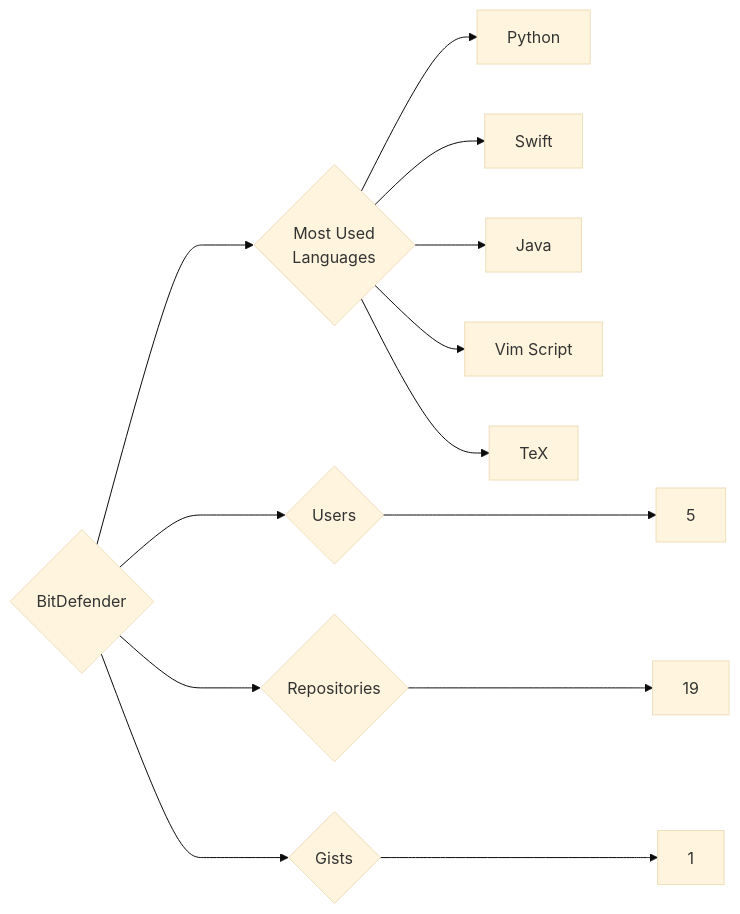
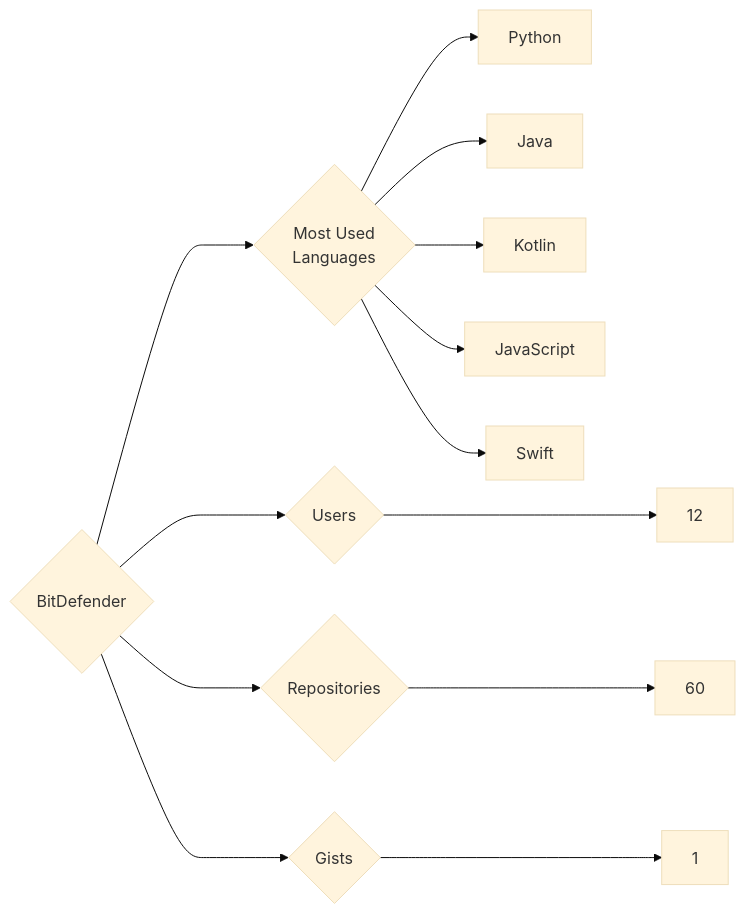
Before and after one commit to trickest/insiders: the diagram in targets/BitDefender/README.md, drawn with Mermaid (base theme). The commit also changed 644 other files, not shown here.

````diff
--- a/targets/BitDefender/README.md
+++ b/targets/BitDefender/README.md
@@ -3,13 +3,13 @@
 ```mermaid
 graph LR
 COMPANY_NAME{BitDefender}
-COMPANY_NAME ---> U{Users} ---> UN[5]
-COMPANY_NAME ---> R{Repositories} ---> RN[19]
+COMPANY_NAME ---> U{Users} ---> UN[12]
+COMPANY_NAME ---> R{Repositories} ---> RN[60]
 COMPANY_NAME ---> G{Gists} ---> GN[1]
 COMPANY_NAME ---> ML{Most Used<br>Languages}
 ML --> Python[Python]
+ML --> Java[Java]
+ML --> Kotlin[Kotlin]
+ML --> JavaScript[JavaScript]
 ML --> Swift[Swift]
-ML --> Java[Java]
-ML --> Vim_Script[Vim Script]
-ML --> TeX[TeX]
 ```
````
